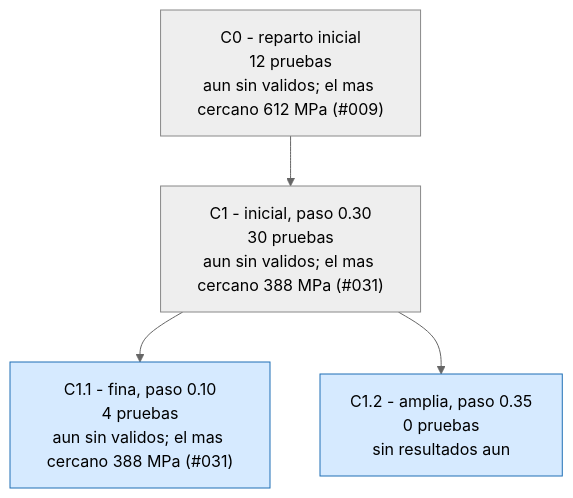
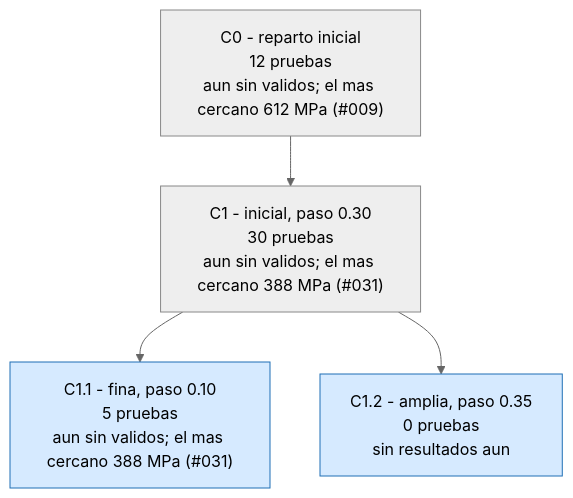
One commit to Hugiko/msd-soporte-optimizacion changed the third of 3 diagrams in runs/opt_37800N/ARBOL.md. Above: the diagram before and after it, drawn with Mermaid (neutral theme). The commit also changed 19 other files, not shown here.

````diff
--- a/runs/opt_37800N/ARBOL.md
+++ b/runs/opt_37800N/ARBOL.md
@@ -47,13 +47,13 @@
 ```mermaid
 graph TD
 classDef activa fill:#d6eaff,stroke:#1f6fb5,color:#000
 classDef fin fill:#eeeeee,stroke:#888,color:#000
 classDef mejor fill:#c8f0c0,stroke:#1a9850,stroke-width:4px,color:#000
 C0["C0 - reparto inicial<br/>12 pruebas<br/>aun sin validos; el mas cercano 612 MPa (#009)"]:::fin
 C1["C1 - inicial, paso 0.30<br/>30 pruebas<br/>aun sin validos; el mas cercano 388 MPa (#031)"]:::fin
 C0 --> C1
-C1_1["C1.1 - fina, paso 0.10<br/>4 pruebas<br/>aun sin validos; el mas cercano 388 MPa (#031)"]:::activa
+C1_1["C1.1 - fina, paso 0.10<br/>5 pruebas<br/>aun sin validos; el mas cercano 388 MPa (#031)"]:::activa
 C1 --> C1_1
 C1_2["C1.2 - amplia, paso 0.35<br/>0 pruebas<br/>sin resultados aun"]:::activa
 C1 --> C1_2
 ```
````
